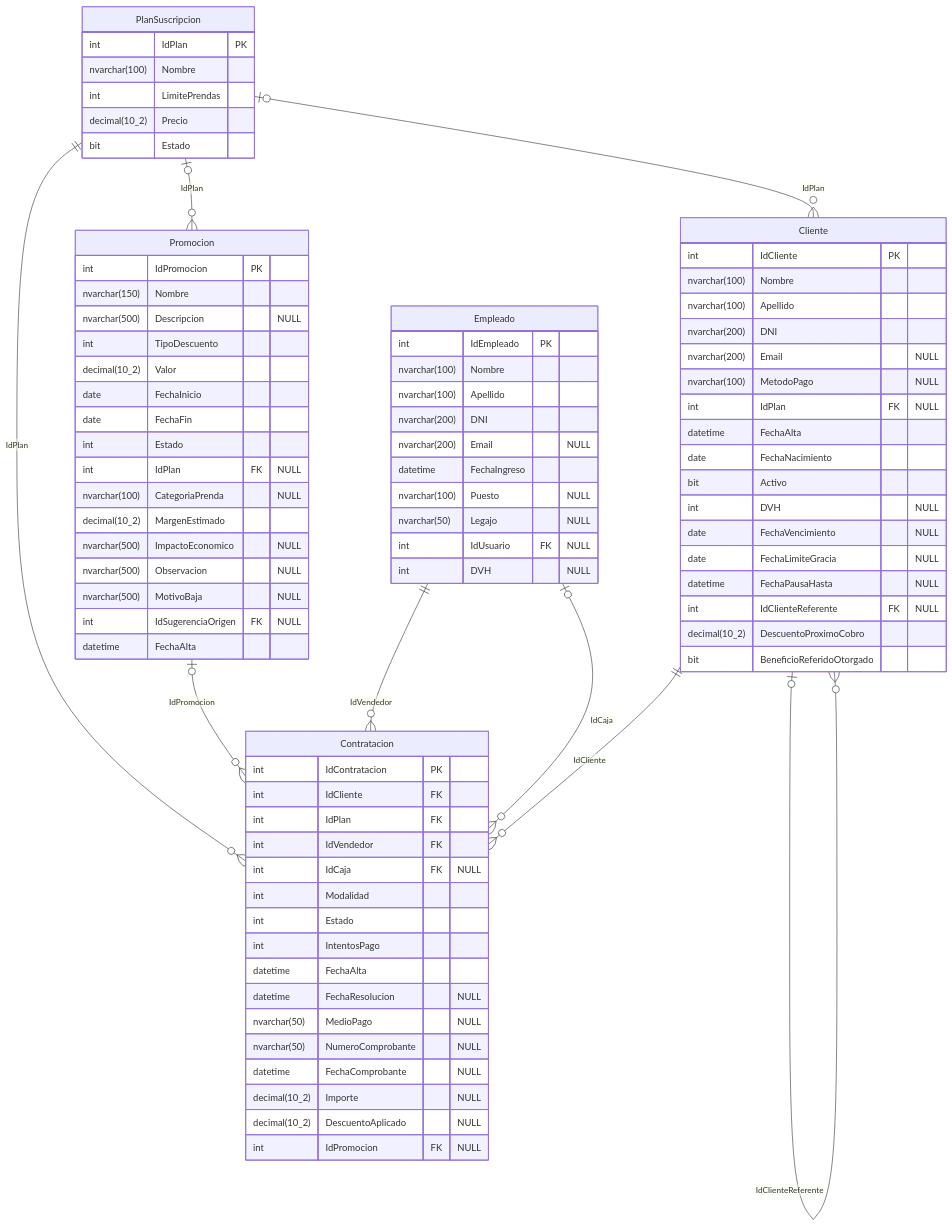
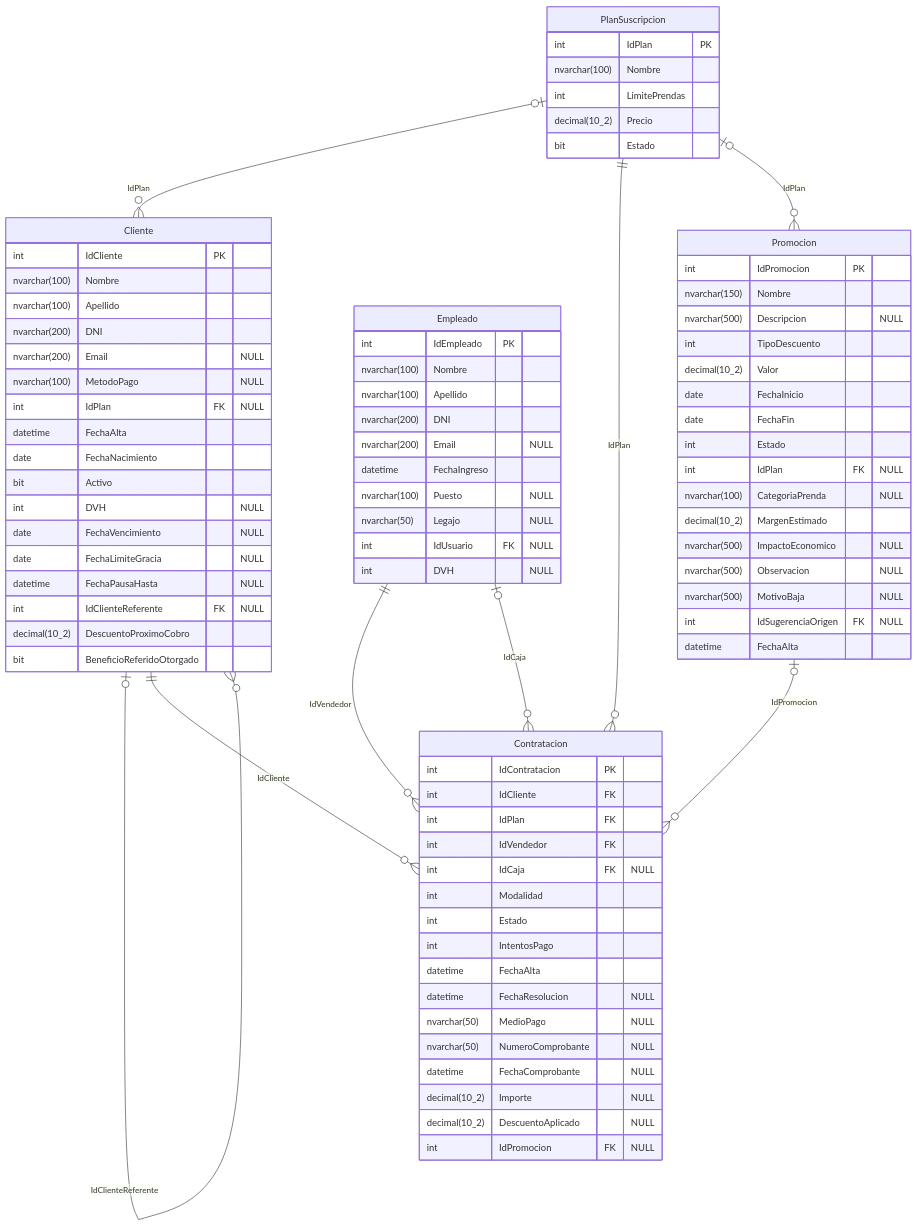
Before and after one commit to valentinamorana/Trabajo-de-Diploma: the diagram in docs/diagramas/mermaid/DER_pn02_contrataciones.mmd, drawn with Mermaid. The commit also changed other lines of this file and 88 other files, not shown here.

First line of the commit message:
PN01: el armado del pedido sigue el diagrama de actividad de EA

```diff
--- a/docs/diagramas/mermaid/DER_pn02_contrataciones.mmd
+++ b/docs/diagramas/mermaid/DER_pn02_contrataciones.mmd
@@ -1,83 +1,83 @@
 erDiagram
   Cliente |o--o{ Cliente : "IdClienteReferente"
   PlanSuscripcion |o--o{ Cliente : "IdPlan"
   PlanSuscripcion ||--o{ Contratacion : "IdPlan"
-  Promocion |o--o{ Contratacion : "IdPromocion"
+  Cliente ||--o{ Contratacion : "IdCliente"
   Empleado ||--o{ Contratacion : "IdVendedor"
   Empleado |o--o{ Contratacion : "IdCaja"
-  Cliente ||--o{ Contratacion : "IdCliente"
+  Promocion |o--o{ Contratacion : "IdPromocion"
   PlanSuscripcion |o--o{ Promocion : "IdPlan"
   Cliente {
     int IdCliente PK
     nvarchar(100) Nombre
     nvarchar(100) Apellido
     nvarchar(200) DNI
     nvarchar(200) Email "NULL"
     nvarchar(100) MetodoPago "NULL"
     int IdPlan FK "NULL"
     datetime FechaAlta
     date FechaNacimiento
     bit Activo
     int DVH "NULL"
     date FechaVencimiento "NULL"
     date FechaLimiteGracia "NULL"
     datetime FechaPausaHasta "NULL"
     int IdClienteReferente FK "NULL"
     decimal(10_2) DescuentoProximoCobro
     bit BeneficioReferidoOtorgado
   }
   PlanSuscripcion {
     int IdPlan PK
     nvarchar(100) Nombre
     int LimitePrendas
     decimal(10_2) Precio
     bit Estado
   }
   Empleado {
     int IdEmpleado PK
     nvarchar(100) Nombre
     nvarchar(100) Apellido
     nvarchar(200) DNI
     nvarchar(200) Email "NULL"
     datetime FechaIngreso
     nvarchar(100) Puesto "NULL"
     nvarchar(50) Legajo "NULL"
     int IdUsuario FK "NULL"
     int DVH "NULL"
   }
   Contratacion {
     int IdContratacion PK
     int IdCliente FK
     int IdPlan FK
     int IdVendedor FK
     int IdCaja FK "NULL"
     int Modalidad
     int Estado
     int IntentosPago
     datetime FechaAlta
     datetime FechaResolucion "NULL"
     nvarchar(50) MedioPago "NULL"
     nvarchar(50) NumeroComprobante "NULL"
     datetime FechaComprobante "NULL"
     decimal(10_2) Importe "NULL"
     decimal(10_2) DescuentoAplicado "NULL"
     int IdPromocion FK "NULL"
   }
   Promocion {
     int IdPromocion PK
     nvarchar(150) Nombre
     nvarchar(500) Descripcion "NULL"
     int TipoDescuento
     decimal(10_2) Valor
     date FechaInicio
     date FechaFin
     int Estado
     int IdPlan FK "NULL"
     nvarchar(100) CategoriaPrenda "NULL"
     decimal(10_2) MargenEstimado
     nvarchar(500) ImpactoEconomico "NULL"
     nvarchar(500) Observacion "NULL"
     nvarchar(500) MotivoBaja "NULL"
     int IdSugerenciaOrigen FK "NULL"
     datetime FechaAlta
   }
```
